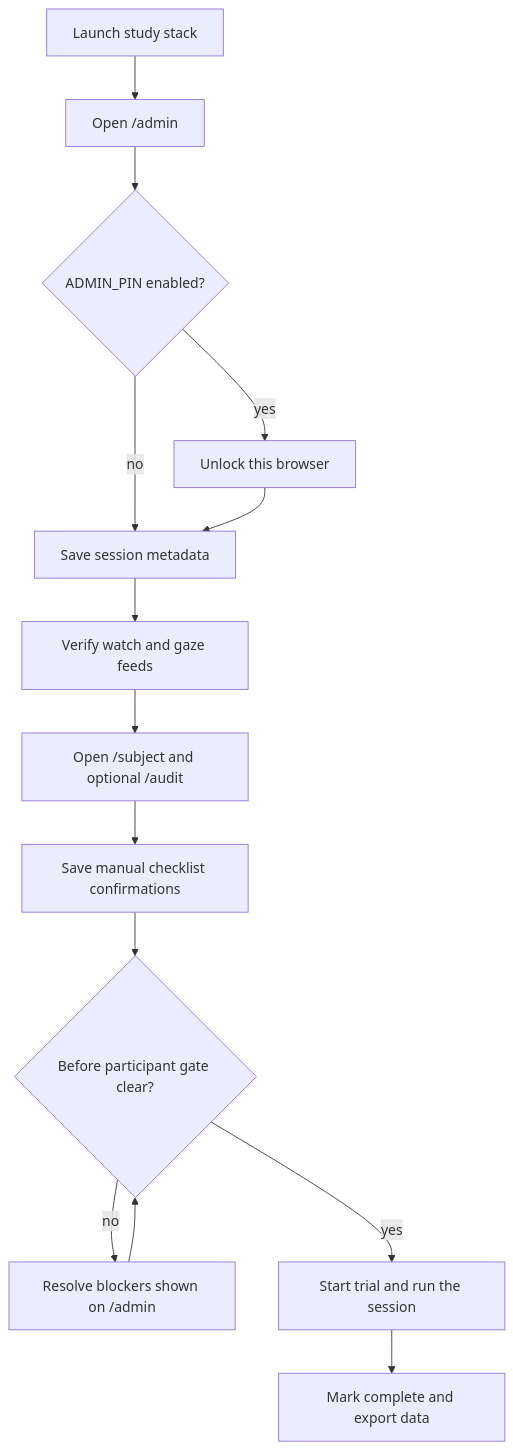
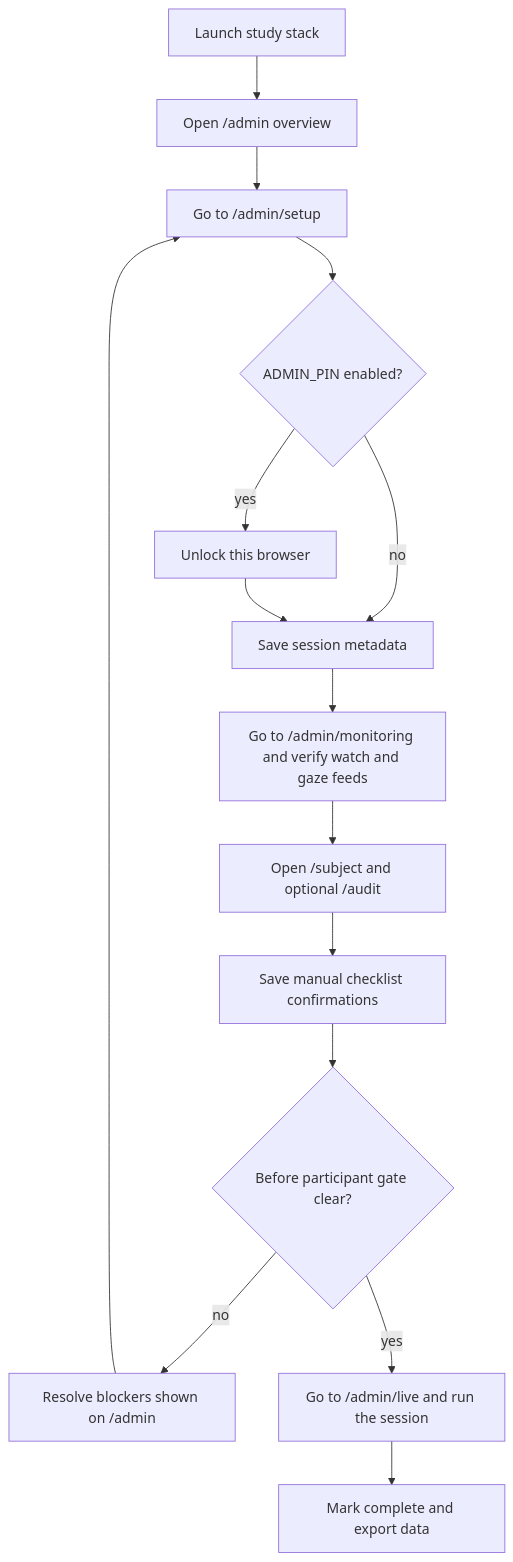
One commit to shrijacked/wizard-of-oz-control-app changed the second of 2 diagrams in docs/internal-study-readiness.md. Above: the diagram before and after it, drawn with Mermaid. The commit also changed other lines of this file and 2 other files, not shown here.

Commit message:
Document the multi-page operator flow

````diff
--- a/docs/internal-study-readiness.md
+++ b/docs/internal-study-readiness.md
@@ -24,16 +24,17 @@
 ```mermaid
 flowchart TD
-    boot["Launch study stack"] --> admin["Open /admin"]
-    admin --> unlock{"ADMIN_PIN enabled?"}
+    boot["Launch study stack"] --> admin["Open /admin overview"]
+    admin --> setup["Go to /admin/setup"]
+    setup --> unlock{"ADMIN_PIN enabled?"}
     unlock -- yes --> pin["Unlock this browser"]
-    unlock -- no --> setup["Save session metadata"]
-    pin --> setup
-    setup --> sensors["Verify watch and gaze feeds"]
+    unlock -- no --> save["Save session metadata"]
+    pin --> save
+    save --> sensors["Go to /admin/monitoring and verify watch and gaze feeds"]
     sensors --> displays["Open /subject and optional /audit"]
     displays --> manual["Save manual checklist confirmations"]
     manual --> gate{"Before participant gate clear?"}
     gate -- no --> fix["Resolve blockers shown on /admin"]
-    fix --> gate
-    gate -- yes --> run["Start trial and run the session"]
+    fix --> setup
+    gate -- yes --> run["Go to /admin/live and run the session"]
     run --> complete["Mark complete and export data"]
 ```
````
